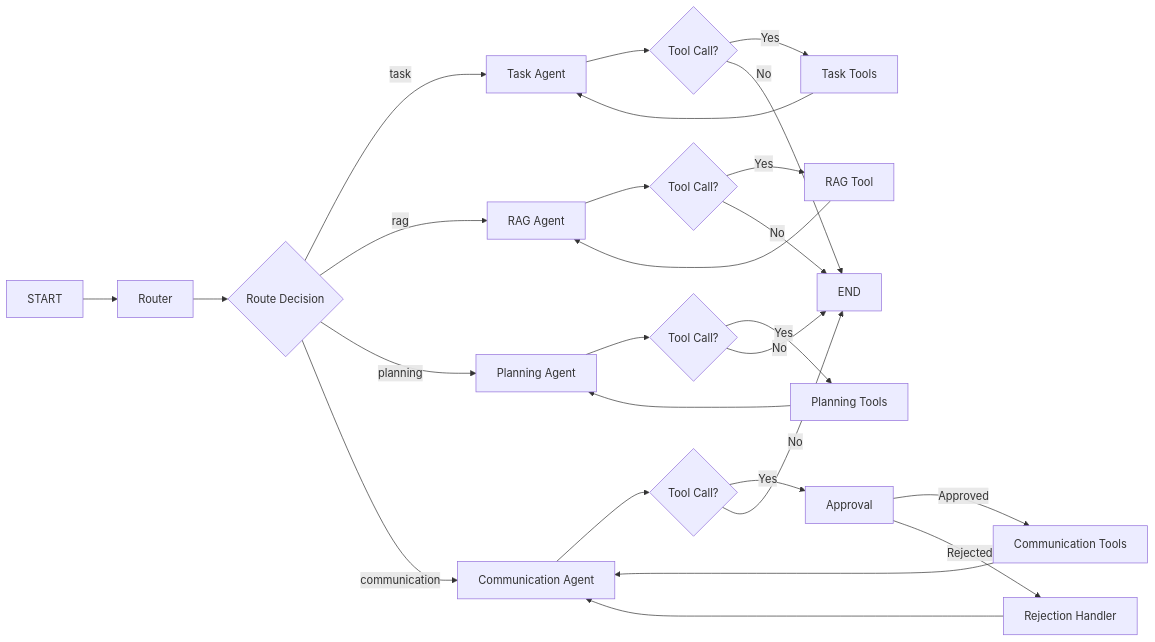
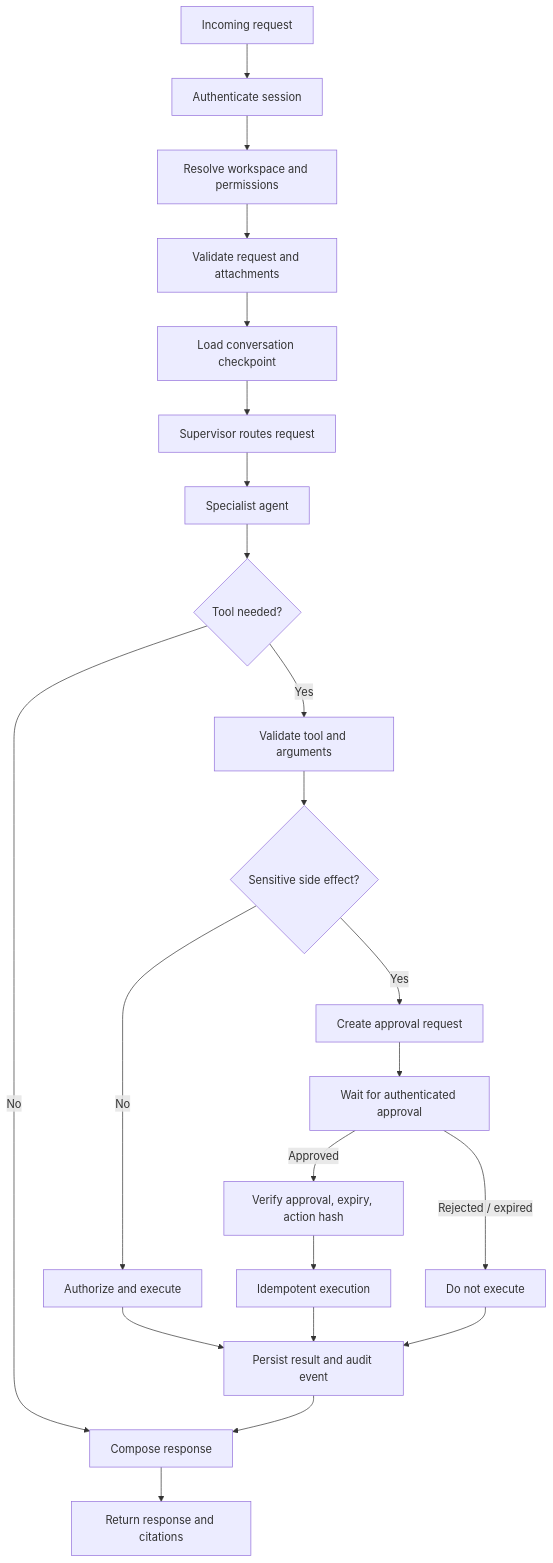
The fourth of 7 diagrams in README.md (pradeep-1995/workmate-ai-langgraph-rag-agents), drawn with Mermaid before and after one commit. The commit also changed other lines of this file, not shown here.

````diff
--- a/README.md
+++ b/README.md
@@ -103,33 +205,24 @@
 ```mermaid
-flowchart LR
-    A[START] --> B[Router]
-    B --> C{Route Decision}
-
-    C -->|task| D[Task Agent]
-    C -->|rag| E[RAG Agent]
-    C -->|planning| F[Planning Agent]
-    C -->|communication| G[Communication Agent]
-
-    D --> D1{Tool Call?}
-    D1 -->|Yes| D2[Task Tools]
-    D2 --> D
-    D1 -->|No| Z[END]
-
-    E --> E1{Tool Call?}
-    E1 -->|Yes| E2[RAG Tool]
-    E2 --> E
-    E1 -->|No| Z
-
-    F --> F1{Tool Call?}
-    F1 -->|Yes| F2[Planning Tools]
-    F2 --> F
-    F1 -->|No| Z
-
-    G --> G1{Tool Call?}
-    G1 -->|Yes| G2[Approval]
-    G2 -->|Approved| G3[Communication Tools]
-    G3 --> G
-    G2 -->|Rejected| G4[Rejection Handler]
-    G4 --> G
-    G1 -->|No| Z
+flowchart TD
+    A[Incoming request] --> B[Authenticate session]
+    B --> C[Resolve workspace and permissions]
+    C --> D[Validate request and attachments]
+    D --> E[Load conversation checkpoint]
+    E --> F[Supervisor routes request]
+    F --> G[Specialist agent]
+    G --> H{Tool needed?}
+    H -->|No| N[Compose response]
+    H -->|Yes| I[Validate tool and arguments]
+    I --> J{Sensitive side effect?}
+    J -->|No| K[Authorize and execute]
+    J -->|Yes| L[Create approval request]
+    L --> M[Wait for authenticated approval]
+    M -->|Approved| O[Verify approval, expiry, action hash]
+    M -->|Rejected / expired| P[Do not execute]
+    O --> Q[Idempotent execution]
+    K --> R[Persist result and audit event]
+    Q --> R
+    P --> R
+    R --> N
+    N --> S[Return response and citations]
 ```
````
